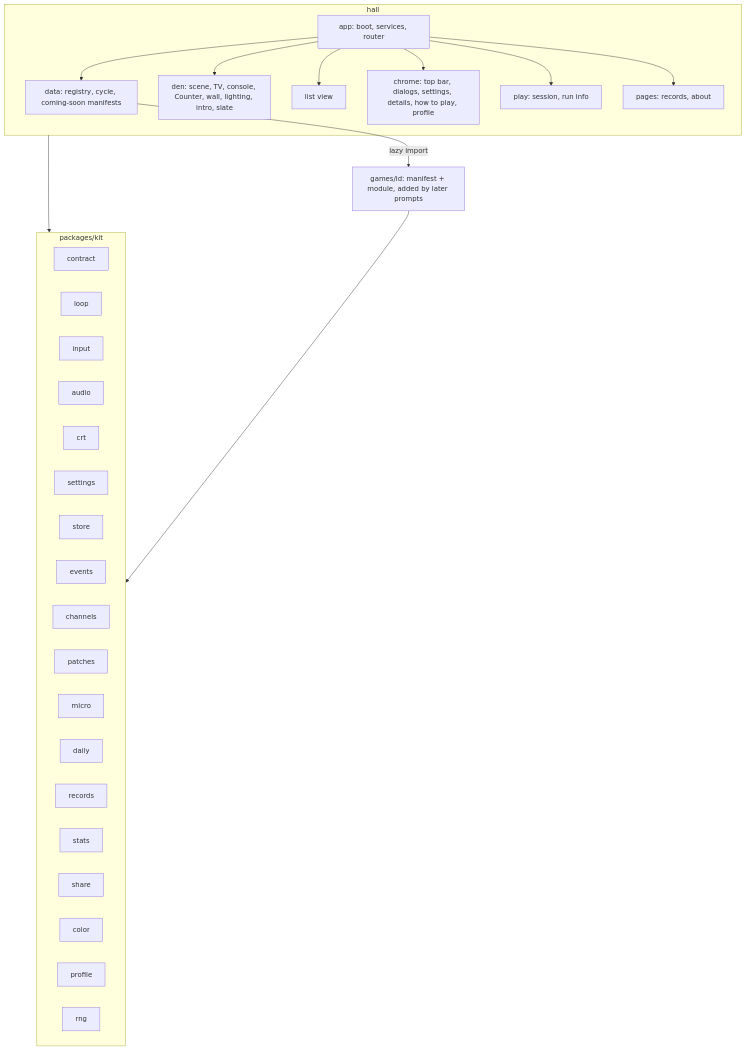
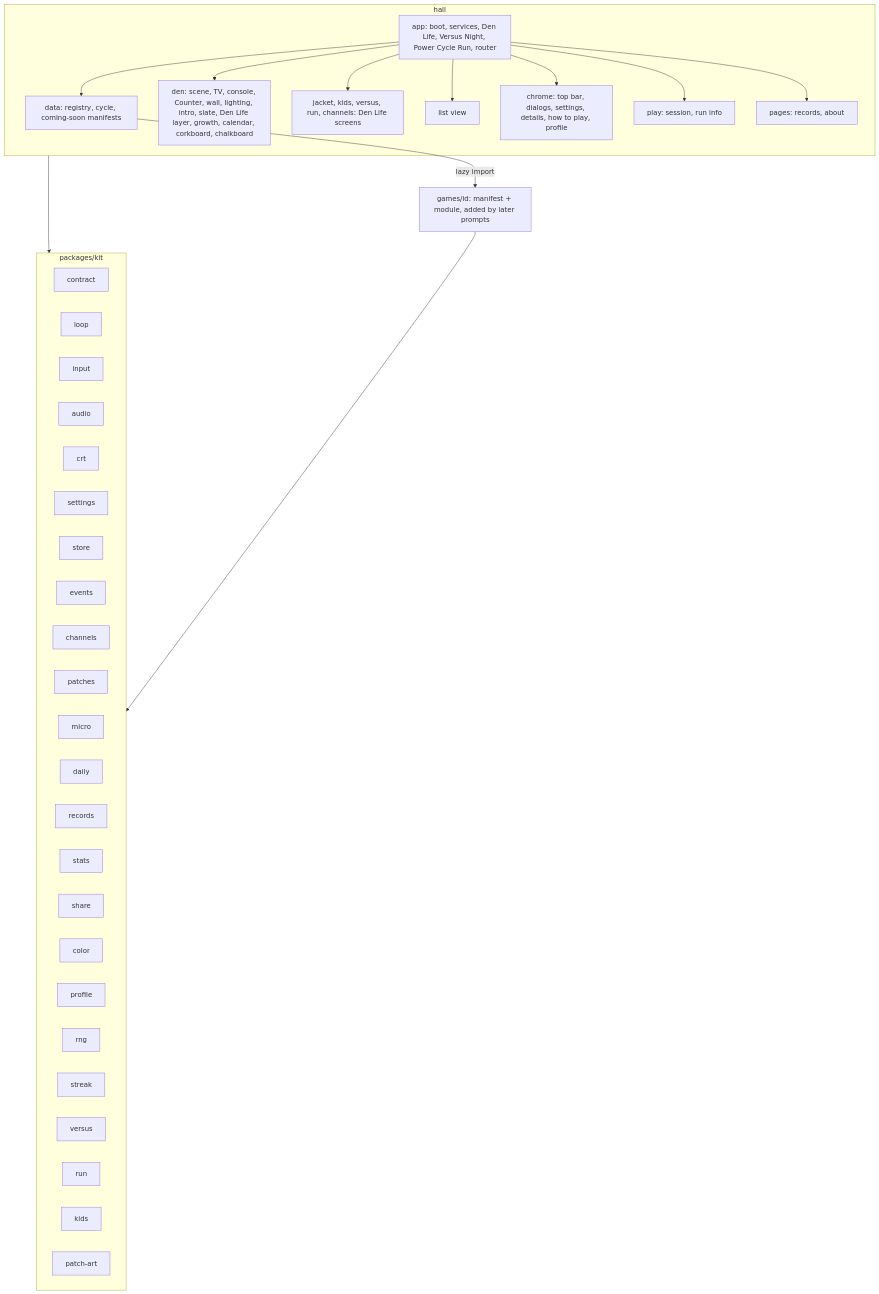
The first of 7 diagrams in docs/ARCHITECTURE.md (agunawijaya/woodgrain-88), drawn with Mermaid before and after one commit. The commit also changed other lines of this file and 186 other files, not shown here.

First line of the commit message:
Den Life (prompt 01)

````diff
--- a/docs/ARCHITECTURE.md
+++ b/docs/ARCHITECTURE.md
@@ -7,20 +8,21 @@
 ```mermaid
 flowchart TB
     subgraph kit[packages/kit]
-        contract & loop & input & audio & crt & settings & store & events & channels & patches & micro & daily & records & stats & share & color & profile & rng
+        contract & loop & input & audio & crt & settings & store & events & channels & patches & micro & daily & records & stats & share & color & profile & rng & streak & versus & run & kids & patchart[patch-art]
     end
     subgraph hall[hall]
         data[data: registry, cycle, coming-soon manifests]
-        den[den: scene, TV, console, Counter, wall, lighting, intro, slate]
+        den[den: scene, TV, console, Counter, wall, lighting, intro, slate, Den Life layer, growth, calendar, corkboard, chalkboard]
+        life[jacket, kids, versus, run, channels: Den Life screens]
         list[list view]
         chrome[chrome: top bar, dialogs, settings, details, how to play, profile]
         play[play: session, run info]
         pages[pages: records, about]
-        app[app: boot, services, router]
+        app[app: boot, services, Den Life, Versus Night, Power Cycle Run, router]
     end
     games[games/id: manifest + module, added by later prompts]
-    app --> data & den & list & chrome & play & pages
+    app --> data & den & list & chrome & play & pages & life
     hall --> kit
     games --> kit
     data -->|lazy import| games
 ```
````
